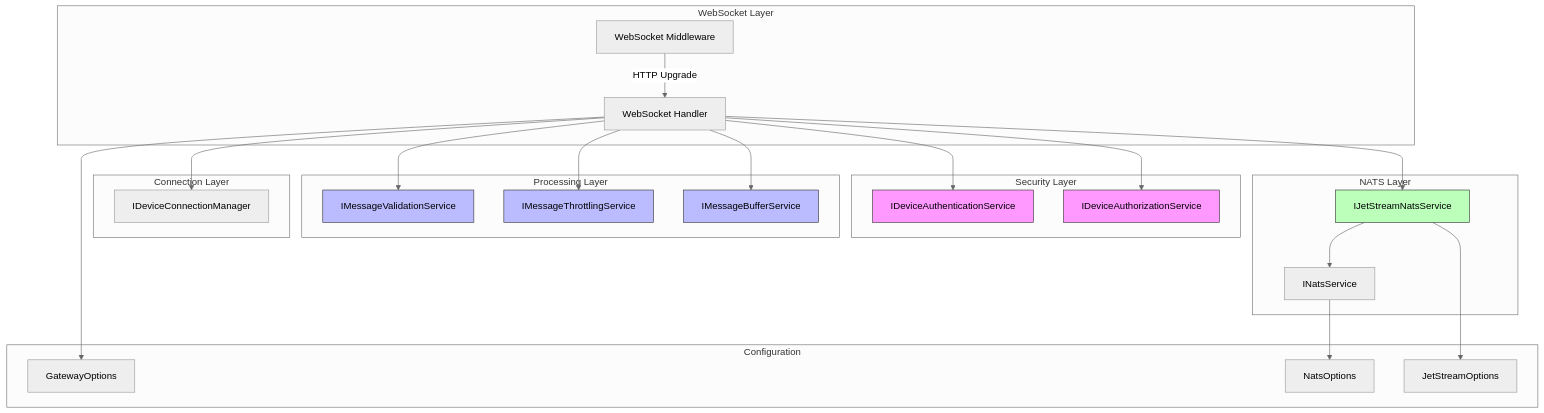
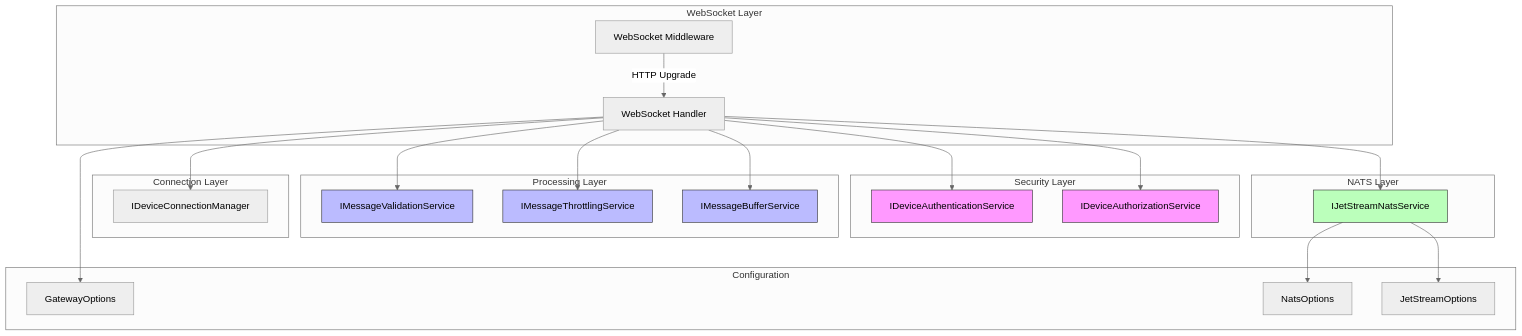
The second of 8 diagrams in docs/diagrams/component-diagrams.md (jtayl222/nats-websocket-bridge), drawn with Mermaid (neutral theme) before and after one commit. The commit also changed 7 other files, not shown here.

````diff
--- a/docs/diagrams/component-diagrams.md
+++ b/docs/diagrams/component-diagrams.md
@@ -76,54 +76,52 @@
 ```mermaid
 graph TB
     subgraph "WebSocket Layer"
         MW[WebSocket Middleware]
         WSH[WebSocket Handler]
     end
 
     subgraph "Security Layer"
         AUTH[IDeviceAuthenticationService]
         AUTHZ[IDeviceAuthorizationService]
     end
 
     subgraph "Processing Layer"
         VAL[IMessageValidationService]
         THROT[IMessageThrottlingService]
         BUF[IMessageBufferService]
     end
 
     subgraph "Connection Layer"
         CONN[IDeviceConnectionManager]
     end
 
     subgraph "NATS Layer"
-        NATS[INatsService]
         JSVC[IJetStreamNatsService]
     end
 
     subgraph "Configuration"
         OPTS[GatewayOptions]
         NOPTS[NatsOptions]
         JSOPTS[JetStreamOptions]
     end
 
     MW -->|HTTP Upgrade| WSH
     WSH --> AUTH
     WSH --> AUTHZ
     WSH --> VAL
     WSH --> THROT
     WSH --> BUF
     WSH --> CONN
     WSH --> JSVC
 
-    JSVC --> NATS
-    NATS --> NOPTS
+    JSVC --> NOPTS
     JSVC --> JSOPTS
     WSH --> OPTS
 
     style AUTH fill:#f9f,stroke:#333
     style AUTHZ fill:#f9f,stroke:#333
     style VAL fill:#bbf,stroke:#333
     style THROT fill:#bbf,stroke:#333
     style BUF fill:#bbf,stroke:#333
     style JSVC fill:#bfb,stroke:#333
 ```
````
